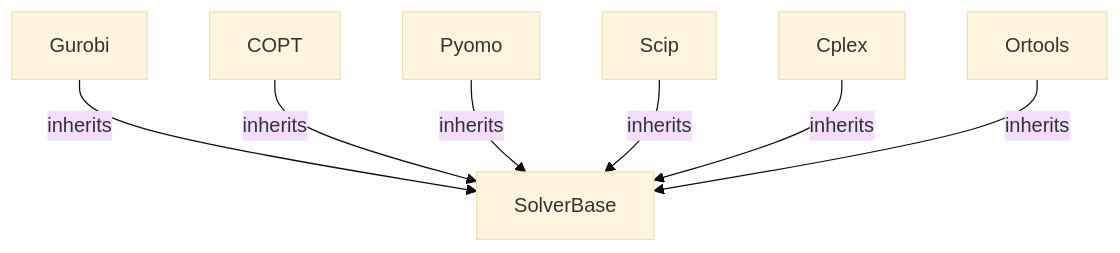
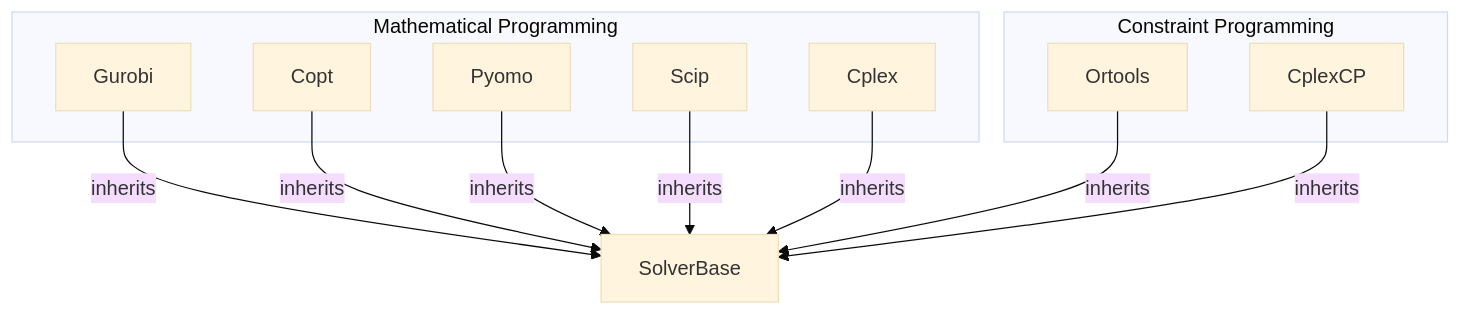
The diagram in docs/source/manual/solver.rst (sharabhshukla/BendersLib), drawn with Mermaid (base theme) before and after one commit. The commit also changed 2 other files, not shown here.

Commit message:
docs(manual): add solver categories

```diff
--- a/docs/source/manual/solver.rst
+++ b/docs/source/manual/solver.rst
@@ -278,11 +278,25 @@
 .. mermaid::
     :caption: Solver Interface Inheritance Diagram
     :align: center
 
     flowchart TB
+        subgraph "Mathematical Programming"
+            Gurobi
+            Copt
+            Pyomo
+            Scip
+            Cplex
+        end
+
+        subgraph "Constraint Programming"
+            Ortools
+            CplexCP
+        end
+
         Gurobi -- inherits --> SolverBase
-        COPT -- inherits --> SolverBase
+        Copt -- inherits --> SolverBase
         Pyomo -- inherits --> SolverBase
         Scip -- inherits --> SolverBase
         Cplex -- inherits --> SolverBase
         Ortools -- inherits --> SolverBase
+        CplexCP -- inherits --> SolverBase
```
